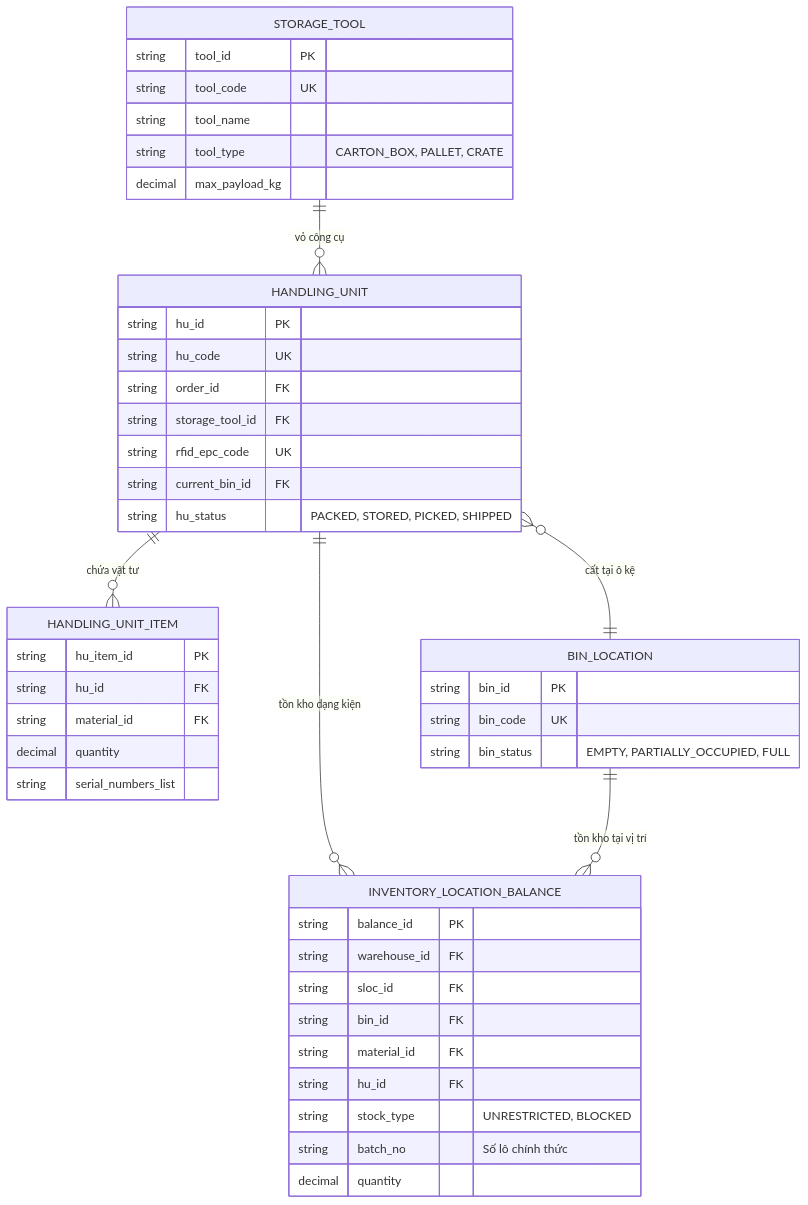
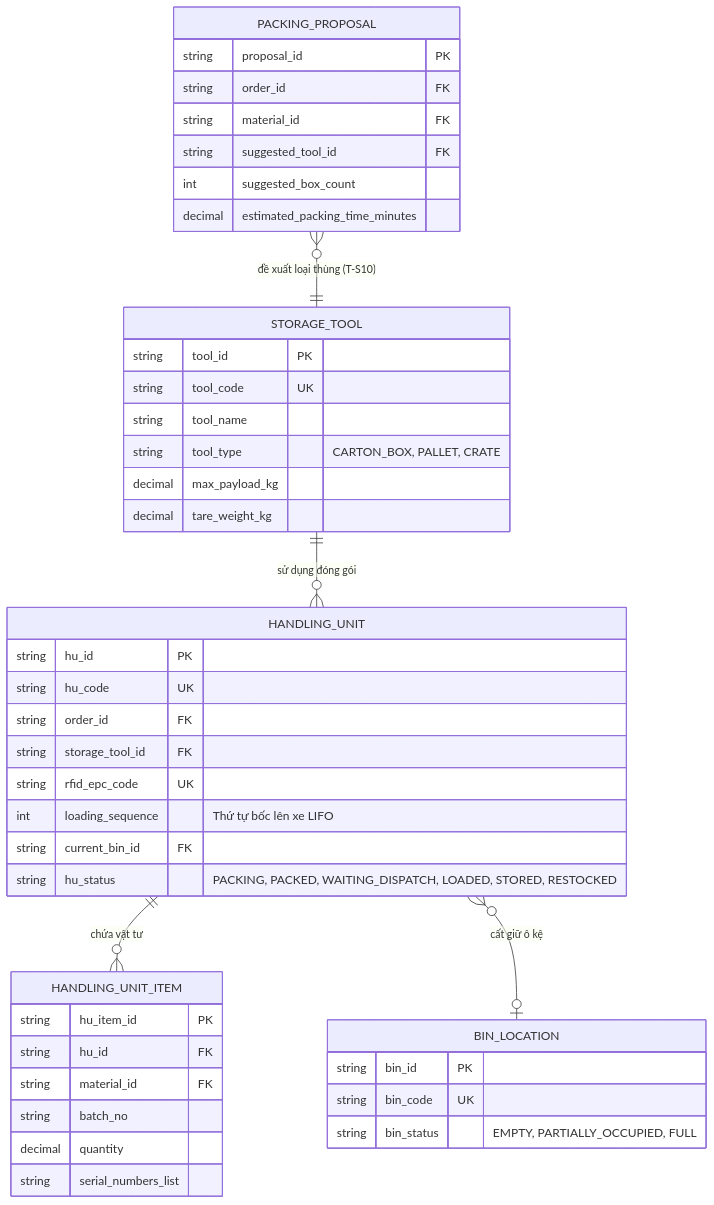
Before and after one commit to EdwardTran04/Project_Management: the sixth of 8 diagrams in dev/db/01_Entity_Attribute_Dictionary.md, drawn with Mermaid. The commit also changed other lines of this file and 2 other files, not shown here.

````diff
--- a/dev/db/01_Entity_Attribute_Dictionary.md
+++ b/dev/db/01_Entity_Attribute_Dictionary.md
@@ -365,48 +455,47 @@
 ```mermaid
 erDiagram
+    PACKING_PROPOSAL {
+        string proposal_id PK
+        string order_id FK
+        string material_id FK
+        string suggested_tool_id FK
+        int suggested_box_count
+        decimal estimated_packing_time_minutes
+    }
     STORAGE_TOOL {
         string tool_id PK
         string tool_code UK
         string tool_name
         string tool_type "CARTON_BOX, PALLET, CRATE"
         decimal max_payload_kg
+        decimal tare_weight_kg
     }
     HANDLING_UNIT {
         string hu_id PK
         string hu_code UK
         string order_id FK
         string storage_tool_id FK
         string rfid_epc_code UK
+        int loading_sequence "Thứ tự bốc lên xe LIFO"
         string current_bin_id FK
-        string hu_status "PACKED, STORED, PICKED, SHIPPED"
+        string hu_status "PACKING, PACKED, WAITING_DISPATCH, LOADED, STORED, RESTOCKED"
     }
     HANDLING_UNIT_ITEM {
         string hu_item_id PK
         string hu_id FK
         string material_id FK
+        string batch_no
         decimal quantity
         string serial_numbers_list
     }
     BIN_LOCATION {
         string bin_id PK
         string bin_code UK
         string bin_status "EMPTY, PARTIALLY_OCCUPIED, FULL"
     }
-    INVENTORY_LOCATION_BALANCE {
-        string balance_id PK
-        string warehouse_id FK
-        string sloc_id FK
-        string bin_id FK
-        string material_id FK
-        string hu_id FK
-        string stock_type "UNRESTRICTED, BLOCKED"
-        string batch_no "Số lô chính thức"
-        decimal quantity
-    }
 
-    STORAGE_TOOL ||--o{ HANDLING_UNIT : "vỏ công cụ"
+    PACKING_PROPOSAL }o--|| STORAGE_TOOL : "đề xuất loại thùng (T-S10)"
+    STORAGE_TOOL ||--o{ HANDLING_UNIT : "sử dụng đóng gói"
     HANDLING_UNIT ||--o{ HANDLING_UNIT_ITEM : "chứa vật tư"
-    HANDLING_UNIT }o--|| BIN_LOCATION : "cất tại ô kệ"
-    HANDLING_UNIT ||--o{ INVENTORY_LOCATION_BALANCE : "tồn kho dạng kiện"
-    BIN_LOCATION ||--o{ INVENTORY_LOCATION_BALANCE : "tồn kho tại vị trí"
+    HANDLING_UNIT }o--o| BIN_LOCATION : "cất giữ ô kệ"
 ```
````
